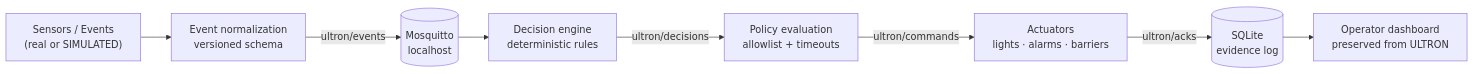
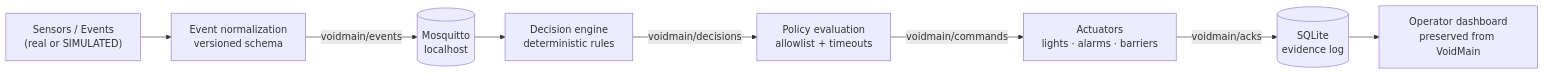
One commit to ADITYA02NM/voidmain changed the diagram in README.md. Above: the diagram before and after it, drawn with Mermaid. The commit also changed other lines of this file and 34 other files, not shown here.

Commit message:
Phase 1: VoidMain rename + Google ID-token auth (server)

````diff
--- a/README.md
+++ b/README.md
@@ -61,10 +61,10 @@
 ```mermaid
 flowchart LR
     S["Sensors / Events<br/>(real or SIMULATED)"] --> N["Event normalization<br/>versioned schema"]
-    N -->|"ultron/events"| B[("Mosquitto<br/>localhost")]
+    N -->|"voidmain/events"| B[("Mosquitto<br/>localhost")]
     B --> D["Decision engine<br/>deterministic rules"]
-    D -->|"ultron/decisions"| P["Policy evaluation<br/>allowlist + timeouts"]
-    P -->|"ultron/commands"| A["Actuators<br/>lights · alarms · barriers"]
-    A -->|"ultron/acks"| L[("SQLite<br/>evidence log")]
-    L --> H["Operator dashboard<br/>preserved from ULTRON"]
+    D -->|"voidmain/decisions"| P["Policy evaluation<br/>allowlist + timeouts"]
+    P -->|"voidmain/commands"| A["Actuators<br/>lights · alarms · barriers"]
+    A -->|"voidmain/acks"| L[("SQLite<br/>evidence log")]
+    L --> H["Operator dashboard<br/>preserved from VoidMain"]
 ```
````
